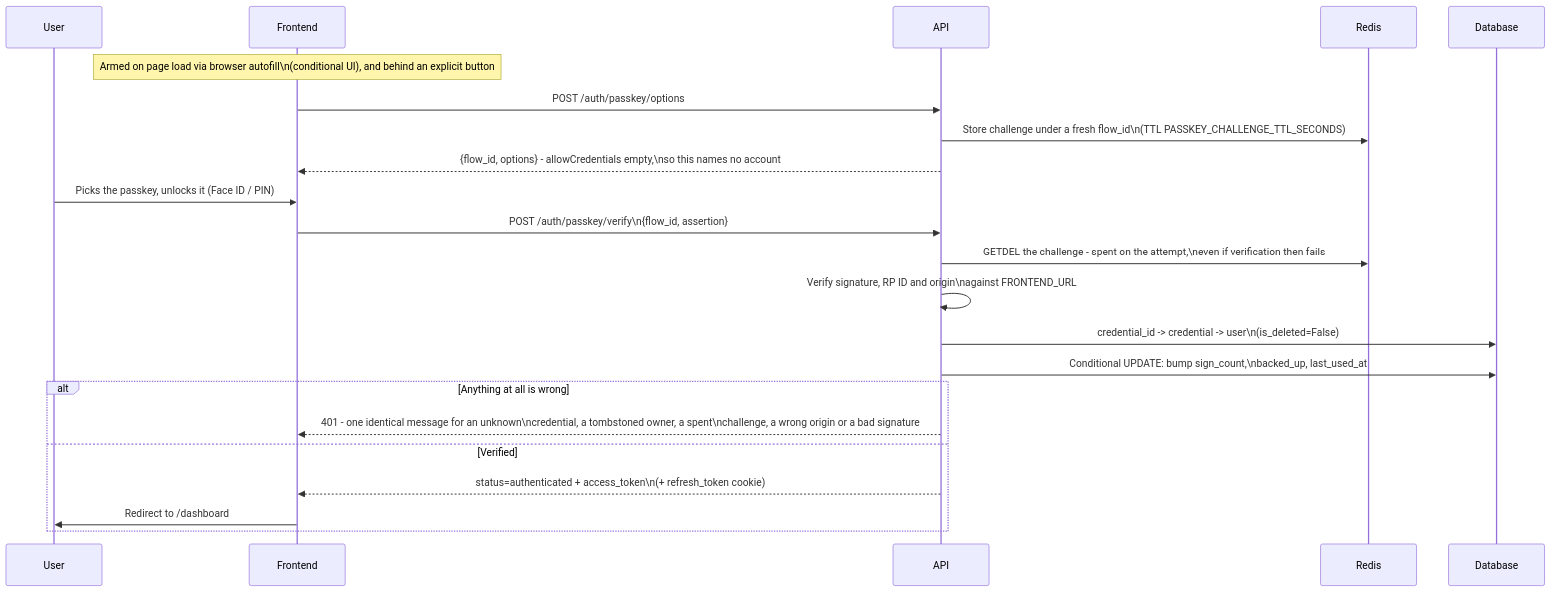
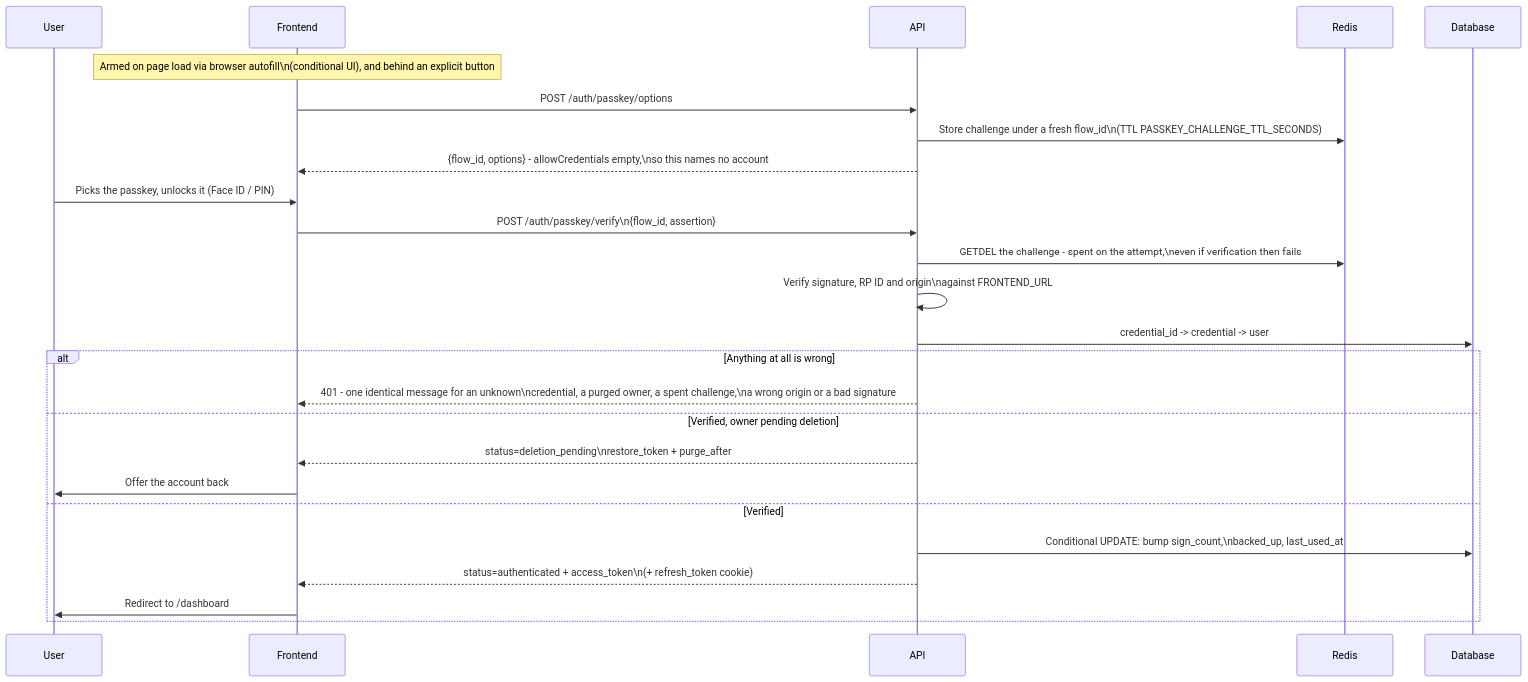
One commit to opendiving/opendiving-api changed the fifth of 10 diagrams in docs/authentication.md. Above: the diagram before and after it, drawn with Mermaid. The commit also changed other lines of this file and 13 other files, not shown here.

````diff
--- a/docs/authentication.md
+++ b/docs/authentication.md
@@ -185,27 +199,30 @@
 ```mermaid
 sequenceDiagram
     participant U as User
     participant FE as Frontend
     participant API as API
     participant R as Redis
     participant DB as Database
 
     Note over FE: Armed on page load via browser autofill\n(conditional UI), and behind an explicit button
     FE->>API: POST /auth/passkey/options
     API->>R: Store challenge under a fresh flow_id\n(TTL PASSKEY_CHALLENGE_TTL_SECONDS)
     API-->>FE: {flow_id, options} - allowCredentials empty,\nso this names no account
 
     U->>FE: Picks the passkey, unlocks it (Face ID / PIN)
     FE->>API: POST /auth/passkey/verify\n{flow_id, assertion}
     API->>R: GETDEL the challenge - spent on the attempt,\neven if verification then fails
     API->>API: Verify signature, RP ID and origin\nagainst FRONTEND_URL
-    API->>DB: credential_id -> credential -> user\n(is_deleted=False)
-    API->>DB: Conditional UPDATE: bump sign_count,\nbacked_up, last_used_at
+    API->>DB: credential_id -> credential -> user
 
     alt Anything at all is wrong
-        API-->>FE: 401 - one identical message for an unknown\ncredential, a tombstoned owner, a spent\nchallenge, a wrong origin or a bad signature
+        API-->>FE: 401 - one identical message for an unknown\ncredential, a purged owner, a spent challenge,\na wrong origin or a bad signature
+    else Verified, owner pending deletion
+        API-->>FE: status=deletion_pending\nrestore_token + purge_after
+        FE->>U: Offer the account back
     else Verified
+        API->>DB: Conditional UPDATE: bump sign_count,\nbacked_up, last_used_at
         API-->>FE: status=authenticated + access_token\n(+ refresh_token cookie)
         FE->>U: Redirect to /dashboard
     end
 ```
````
